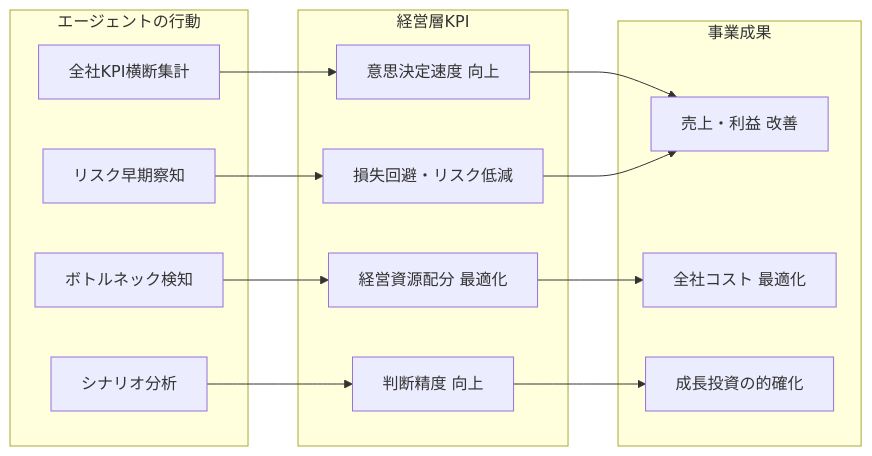
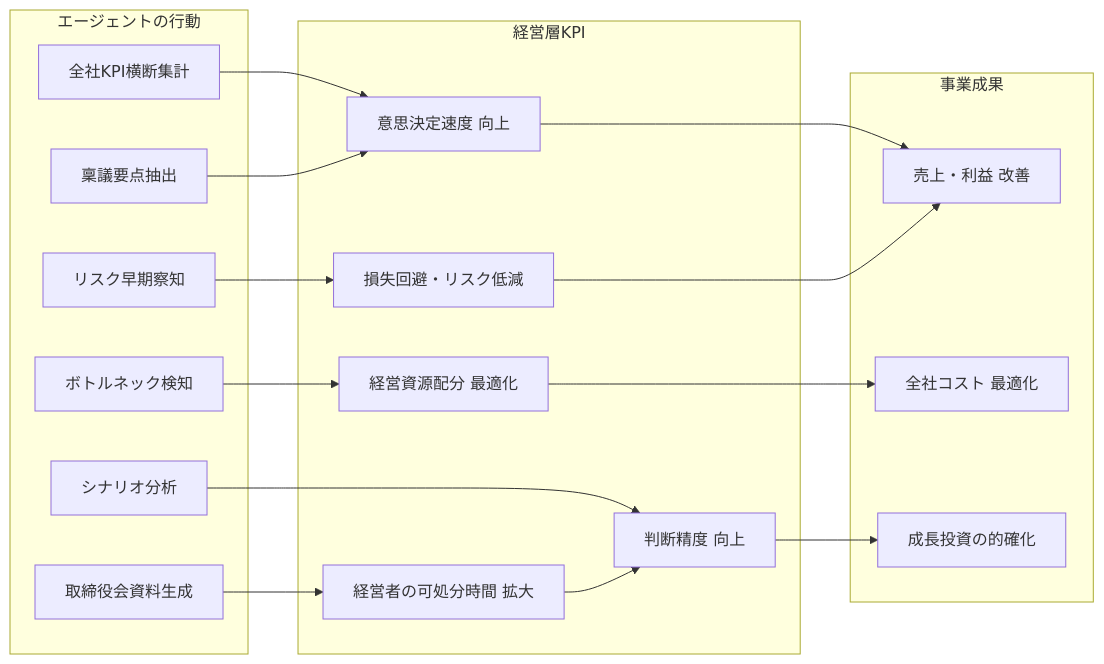
The second of 3 diagrams in docs/integration/departments/executive.md (shibuiwilliam/enterprise-agent-reference-architectures), drawn with Mermaid before and after one commit. The commit also changed other lines of this file and 17 other files, not shown here.

````diff
--- a/docs/integration/departments/executive.md
+++ b/docs/integration/departments/executive.md
@@ -112,31 +115,37 @@
 ```mermaid
 flowchart LR
     subgraph AgentActions["エージェントの行動"]
         KPI["全社KPI横断集計"]
         WHATIF["シナリオ分析"]
         BOTTLENECK["ボトルネック検知"]
         RISK["リスク早期察知"]
+        BOARD["取締役会資料生成"]
+        RINGI["稟議要点抽出"]
     end
 
     subgraph ExecKPI["経営層KPI"]
         SPEED["意思決定速度 向上"]
         QUALITY["判断精度 向上"]
         ALLOC["経営資源配分 最適化"]
         AVOID["損失回避・リスク低減"]
+        PERSONAL["経営者の可処分時間 拡大"]
     end
 
     subgraph BizOutcome["事業成果"]
         REV["売上・利益 改善"]
         COST["全社コスト 最適化"]
         GROWTH["成長投資の的確化"]
     end
 
     KPI --> SPEED
     WHATIF --> QUALITY
     BOTTLENECK --> ALLOC
     RISK --> AVOID
+    BOARD --> PERSONAL
+    RINGI --> SPEED
     SPEED --> REV
     QUALITY --> GROWTH
     ALLOC --> COST
     AVOID --> REV
+    PERSONAL --> QUALITY
 ```
````
